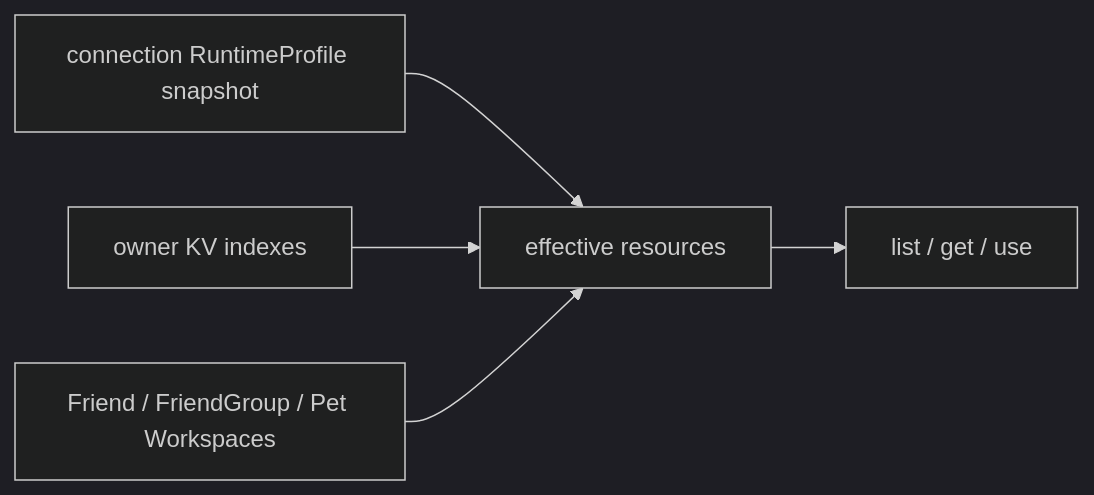
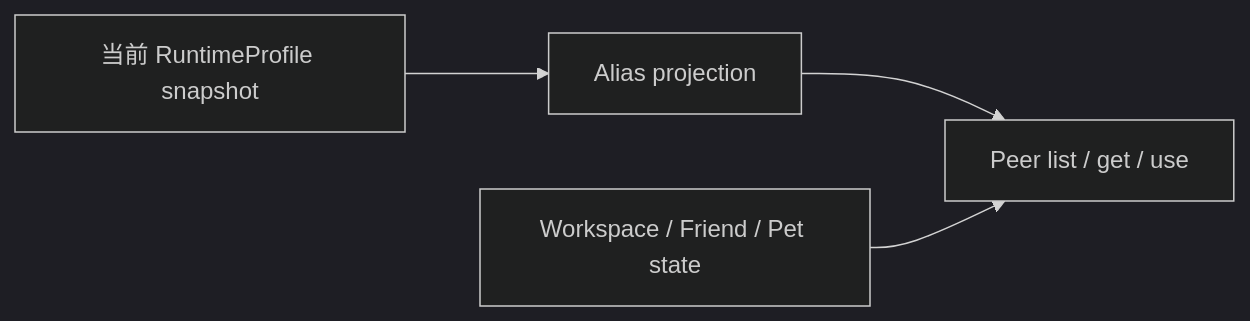
Before and after one commit to GizClaw/gizclaw: the diagram in guides/zh/developing/gizclaw/services/runtime/peerresource.md, drawn with Mermaid (dark theme). The commit also changed other lines of this file and 290 other files, not shown here.

First line of the commit message:
runtime: deliver profile resources and standalone speech RPCs (#416)

````diff
--- a/guides/zh/developing/gizclaw/services/runtime/peerresource.md
+++ b/guides/zh/developing/gizclaw/services/runtime/peerresource.md
@@ -9,7 +7,6 @@
 ```mermaid
 flowchart LR
-    Registration["connection RuntimeProfile snapshot"] --> Effective["effective resources"]
-    Owner["owner KV indexes"] --> Effective
-    Domain["Friend / FriendGroup / Pet Workspaces"] --> Effective
-    Effective --> RPC["list / get / use"]
+    Profile["当前 RuntimeProfile snapshot"] --> Alias["Alias projection"]
+    Alias --> RPC["Peer list / get / use"]
+    Domain["Workspace / Friend / Pet state"] --> RPC
 ```
````
